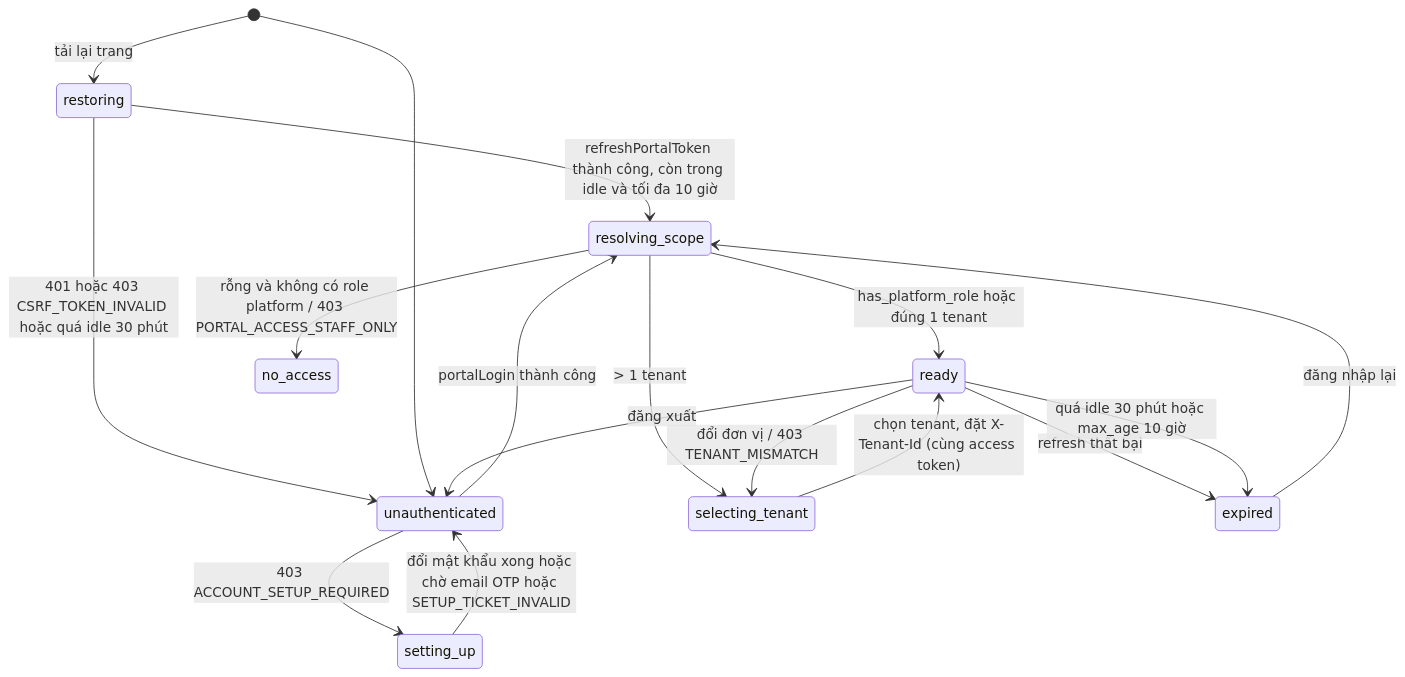
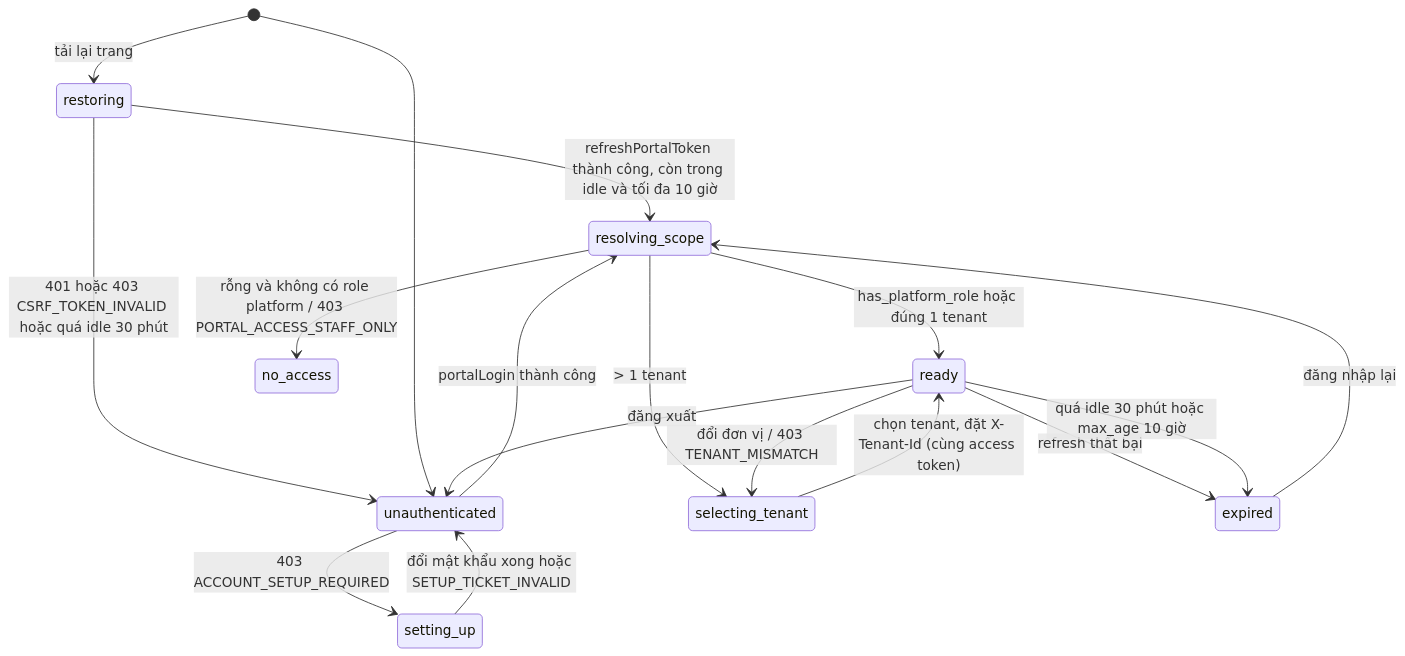
One commit to tanguyen2020/eduworld-platform changed the diagram in specs/051-portal-shell/data-model.md. Above: the diagram before and after it, drawn with Mermaid. The commit also changed other lines of this file and 242 other files, not shown here.

````diff
--- a/specs/051-portal-shell/data-model.md
+++ b/specs/051-portal-shell/data-model.md
@@ -59,19 +59,19 @@
 ```mermaid
 stateDiagram-v2
   [*] --> restoring: tải lại trang
   restoring --> resolving_scope: refreshPortalToken thành công, còn trong idle và tối đa 10 giờ
   restoring --> unauthenticated: 401 hoặc 403 CSRF_TOKEN_INVALID hoặc quá idle 30 phút
   [*] --> unauthenticated
   unauthenticated --> setting_up: 403 ACCOUNT_SETUP_REQUIRED
-  setting_up --> unauthenticated: đổi mật khẩu xong hoặc chờ email OTP hoặc SETUP_TICKET_INVALID
+  setting_up --> unauthenticated: đổi mật khẩu xong hoặc SETUP_TICKET_INVALID
   unauthenticated --> resolving_scope: portalLogin thành công
   resolving_scope --> ready: has_platform_role hoặc đúng 1 tenant
   resolving_scope --> selecting_tenant: > 1 tenant
   resolving_scope --> no_access: rỗng và không có role platform / 403 PORTAL_ACCESS_STAFF_ONLY
   selecting_tenant --> ready: chọn tenant, đặt X-Tenant-Id (cùng access token)
   ready --> selecting_tenant: đổi đơn vị / 403 TENANT_MISMATCH
   ready --> expired: refresh thất bại
   ready --> expired: quá idle 30 phút hoặc max_age 10 giờ
   expired --> resolving_scope: đăng nhập lại
   ready --> unauthenticated: đăng xuất
 ```
````
